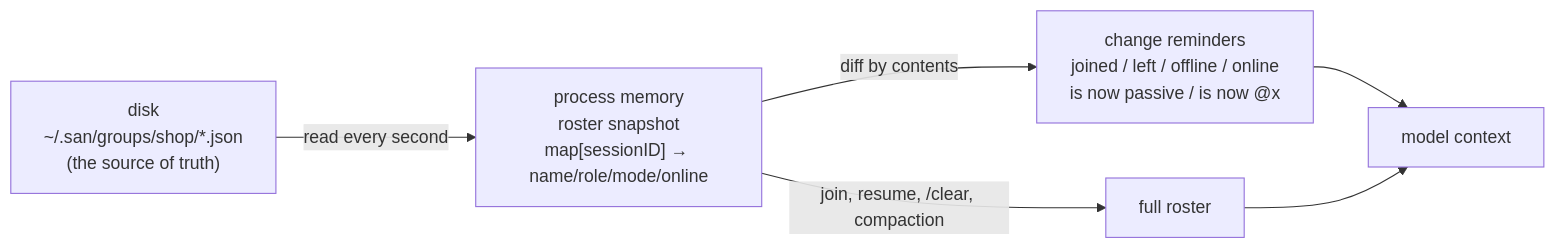
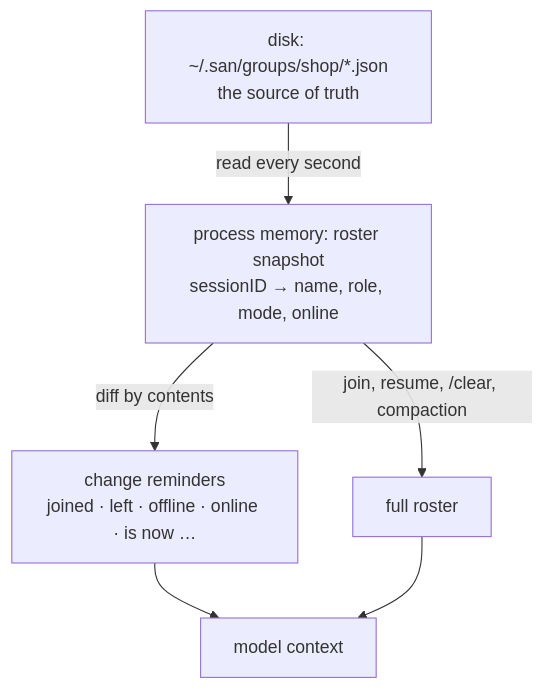
One commit to genai-io/san changed the third of 5 diagrams in docs/design/proposals/0003-session-groups.md. Above: the diagram before and after it, drawn with Mermaid. The commit also changed other lines of this file and 1 other file, not shown here.

Commit message:
docs(design): PROP-0003 — clearer passive and roster diagrams
The passive diagram drew SendMessage's result as coming from @migrate, as
if it had replied; it now comes from the inbox write, and @migrate is shown
polling. The roster flowchart runs top to bottom so its labels fit.

````diff
--- a/docs/design/proposals/0003-session-groups.md
+++ b/docs/design/proposals/0003-session-groups.md
@@ -224,7 +226,8 @@
 ```mermaid
-flowchart LR
-    D["disk<br/>~/.san/groups/shop/*.json<br/>(the source of truth)"] -->|read every second| S["process memory<br/>roster snapshot<br/>map[sessionID] → name/role/mode/online"]
-    S -->|diff by contents| R["change reminders<br/>joined / left / offline / online<br/>is now passive / is now @x"]
+flowchart TB
+    D["disk: ~/.san/groups/shop/*.json<br/>the source of truth"] -->|read every second| S["process memory: roster snapshot<br/>sessionID → name, role, mode, online"]
+    S -->|diff by contents| R["change reminders<br/>joined · left · offline · online · is now …"]
+    S -->|join, resume, /clear, compaction| F["full roster"]
     R --> M["model context"]
-    S -->|join, resume, /clear, compaction| F["full roster"] --> M
+    F --> M
 ```
````
